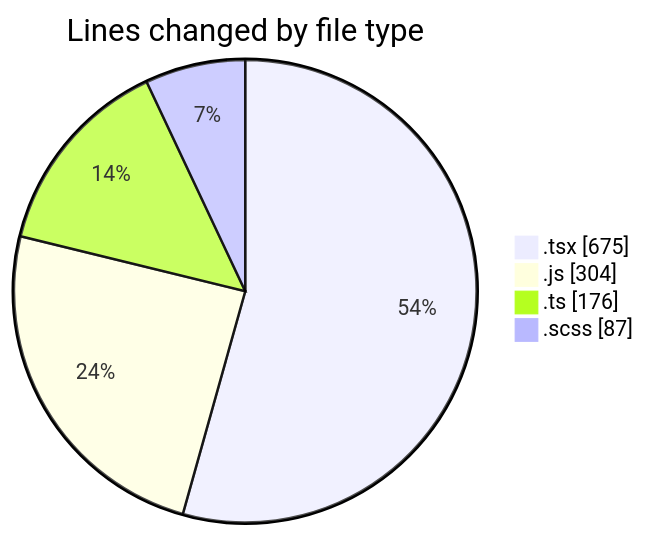
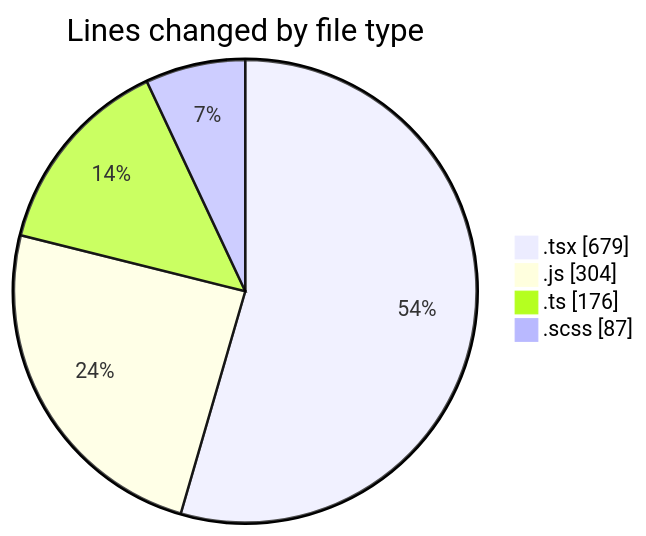
One commit to momahboobian/code-tracking changed the first of 2 diagrams in 2025-02-26/cda/README.md. Above: the diagram before and after it, drawn with Mermaid. The commit also changed other lines of this file and 1 other file, not shown here.

````diff
--- a/2025-02-26/cda/README.md
+++ b/2025-02-26/cda/README.md
@@ -31,8 +31,8 @@
 ```mermaid
 pie showData
 title Lines changed by file type
-".tsx" : 675
+".tsx" : 679
 ".js" : 304
 ".ts" : 176
 ".scss" : 87
 ```
````
